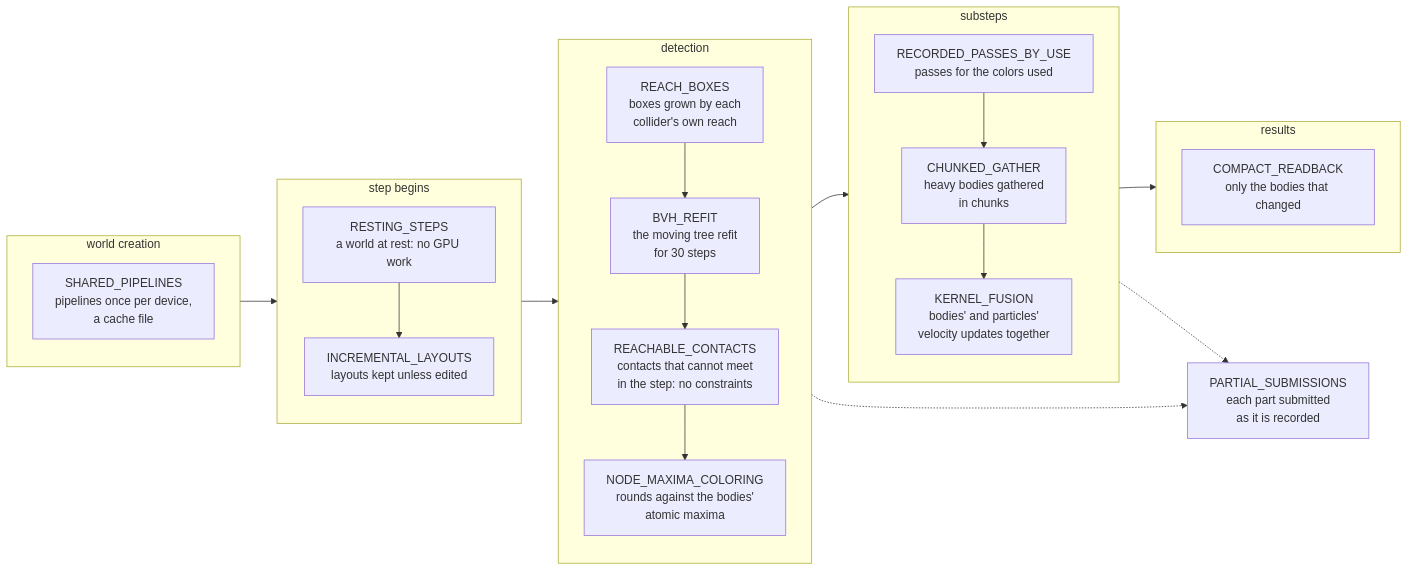
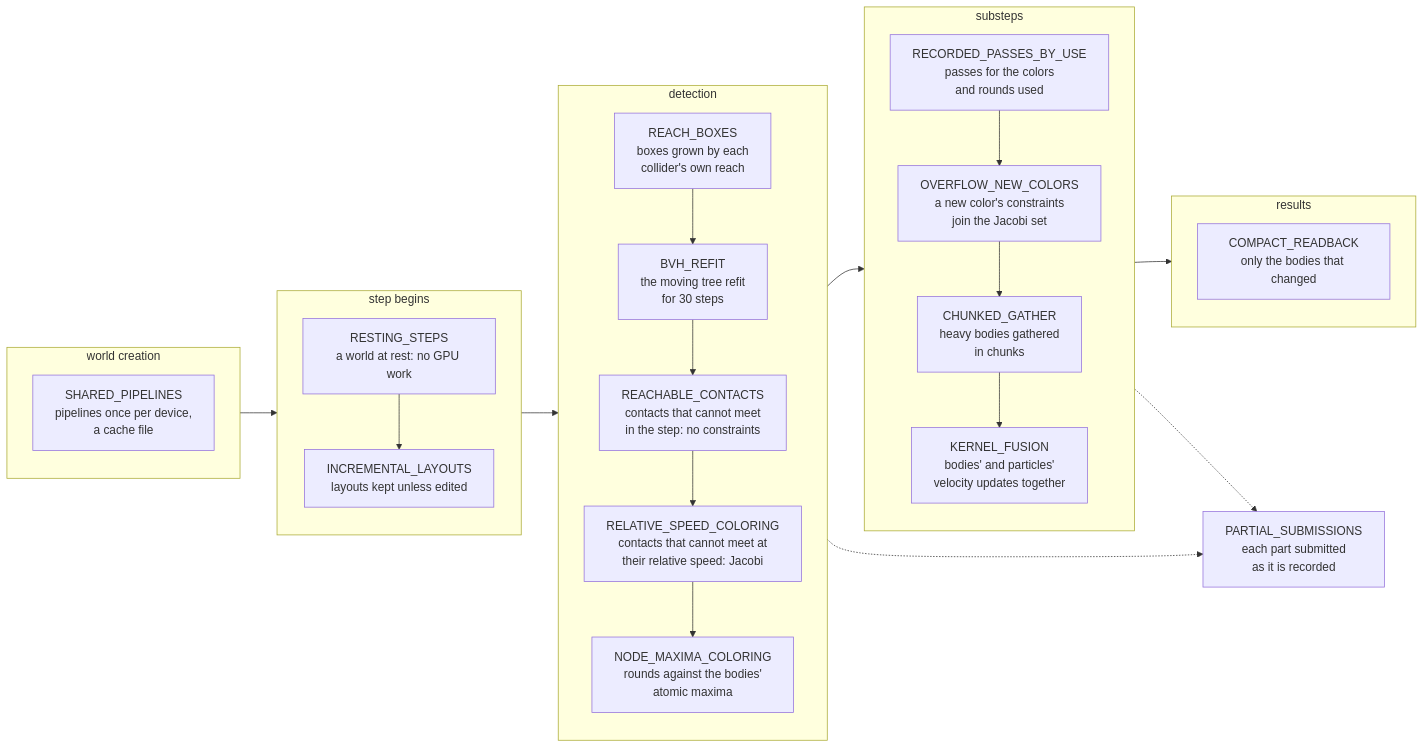
One commit to bueno-mhc/gfx changed diagram 40 of 41 in docs/architecture.md. Above: the diagram before and after it, drawn with Mermaid. The commit also changed other lines of this file and 17 other files, not shown here.

````diff
--- a/docs/architecture.md
+++ b/docs/architecture.md
@@ -1667,28 +1667,30 @@
 ```mermaid
 flowchart LR
     subgraph creation_stage["world creation"]
         shared_pipelines["SHARED_PIPELINES<br/>pipelines once per device,<br/>a cache file"]
     end
     subgraph begin_stage["step begins"]
         direction TB
         resting["RESTING_STEPS<br/>a world at rest: no GPU work"] --> layouts["INCREMENTAL_LAYOUTS<br/>layouts kept unless edited"]
     end
     subgraph detect_stage["detection"]
         direction TB
         reach["REACH_BOXES<br/>boxes grown by each<br/>collider's own reach"] --> refit["BVH_REFIT<br/>the moving tree refit<br/>for 30 steps"]
         refit --> reachable["REACHABLE_CONTACTS<br/>contacts that cannot meet<br/>in the step: no constraints"]
-        reachable --> coloring_maxima["NODE_MAXIMA_COLORING<br/>rounds against the bodies'<br/>atomic maxima"]
+        reachable --> relative["RELATIVE_SPEED_COLORING<br/>contacts that cannot meet at<br/>their relative speed: Jacobi"]
+        relative --> coloring_maxima["NODE_MAXIMA_COLORING<br/>rounds against the bodies'<br/>atomic maxima"]
     end
     subgraph substep_stage["substeps"]
         direction TB
-        by_use["RECORDED_PASSES_BY_USE<br/>passes for the colors used"] --> chunks["CHUNKED_GATHER<br/>heavy bodies gathered<br/>in chunks"]
+        by_use["RECORDED_PASSES_BY_USE<br/>passes for the colors<br/>and rounds used"] --> new_colors["OVERFLOW_NEW_COLORS<br/>a new color's constraints<br/>join the Jacobi set"]
+        new_colors --> chunks["CHUNKED_GATHER<br/>heavy bodies gathered<br/>in chunks"]
         chunks --> fusion["KERNEL_FUSION<br/>bodies' and particles'<br/>velocity updates together"]
     end
     subgraph result_stage["results"]
         compact["COMPACT_READBACK<br/>only the bodies that changed"]
     end
     parts["PARTIAL_SUBMISSIONS<br/>each part submitted<br/>as it is recorded"]
     creation_stage --> begin_stage --> detect_stage --> substep_stage --> result_stage
     detect_stage -.-> parts
     substep_stage -.-> parts
 ```
````
